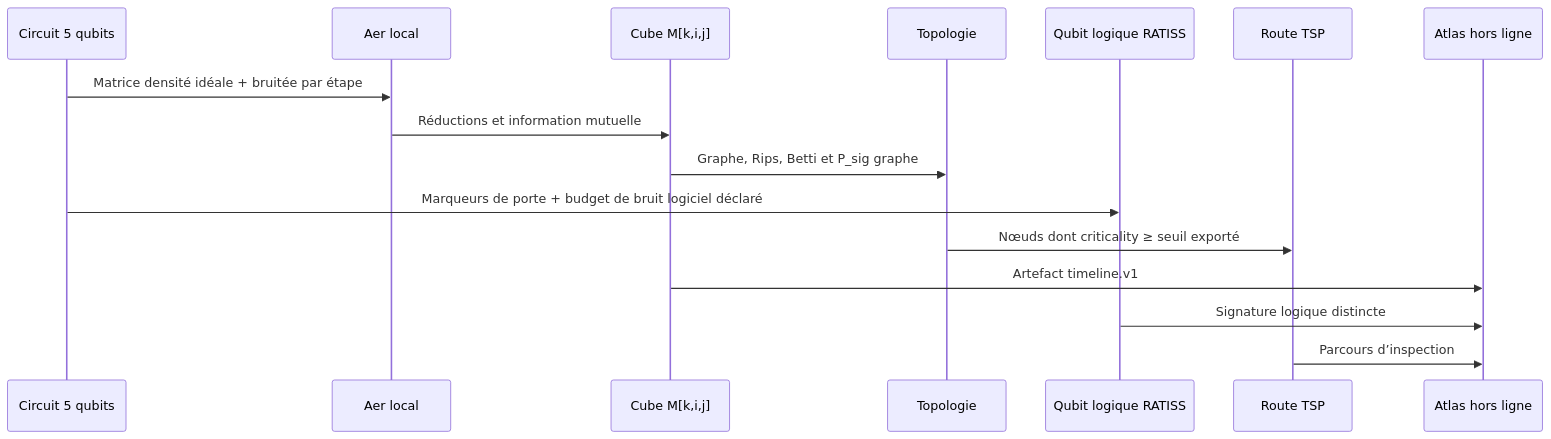
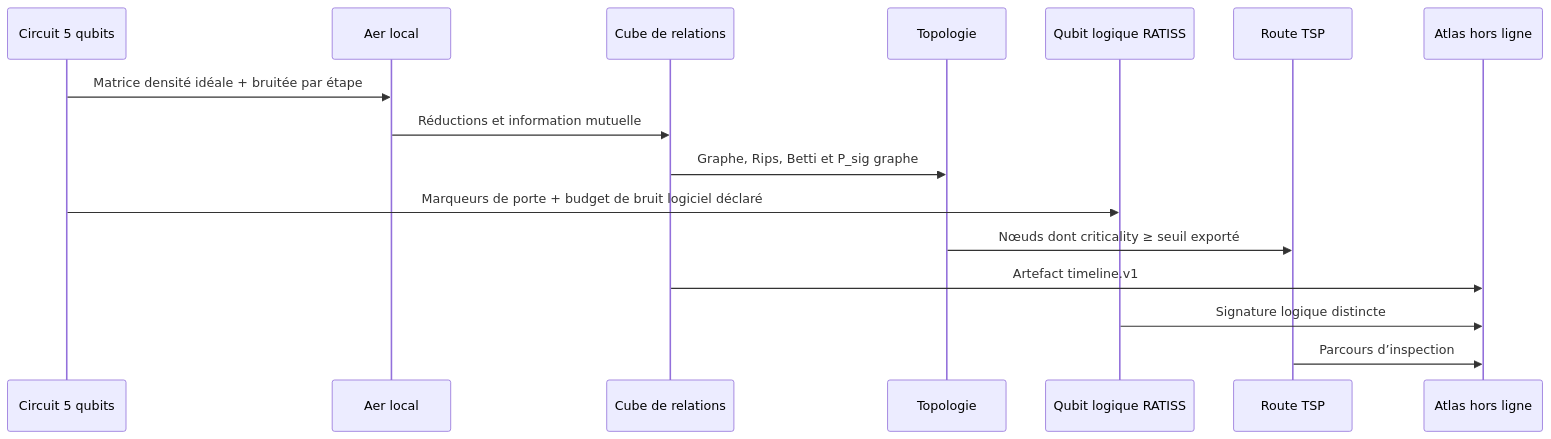
Before and after one commit to evinajonathan13-max/ratiss-topological-decoherence-engine: the diagram in docs/PROOF_OF_CONCEPT.md, drawn with Mermaid. The commit also changed 2 other files, not shown here.

Commit message:
fix: make Mermaid diagrams portable on GitHub

````diff
--- a/docs/PROOF_OF_CONCEPT.md
+++ b/docs/PROOF_OF_CONCEPT.md
@@ -11,18 +11,18 @@
 ```mermaid
 sequenceDiagram
   participant C as Circuit 5 qubits
   participant A as Aer local
-  participant M as Cube M[k,i,j]
+  participant M as Cube de relations
   participant T as Topologie
   participant L as Qubit logique RATISS
   participant R as Route TSP
   participant V as Atlas hors ligne
   C->>A: Matrice densité idéale + bruitée par étape
   A->>M: Réductions et information mutuelle
   M->>T: Graphe, Rips, Betti et P_sig graphe
   C->>L: Marqueurs de porte + budget de bruit logiciel déclaré
   T->>R: Nœuds dont criticality ≥ seuil exporté
   M->>V: Artefact timeline.v1
   L->>V: Signature logique distincte
   R->>V: Parcours d’inspection
 ```
````
